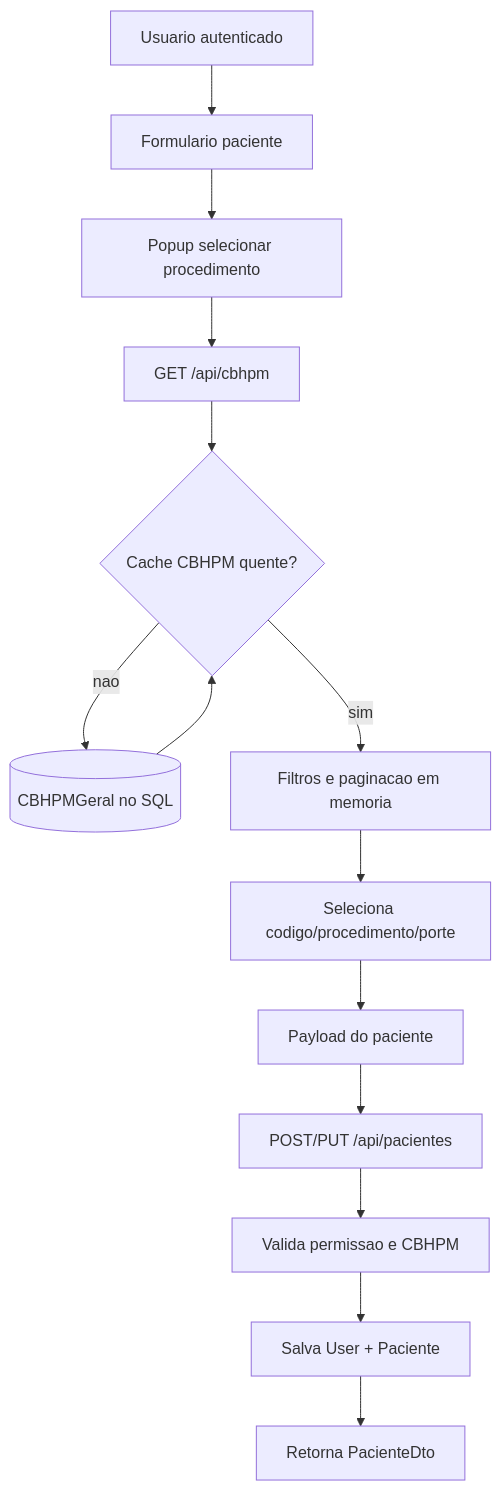
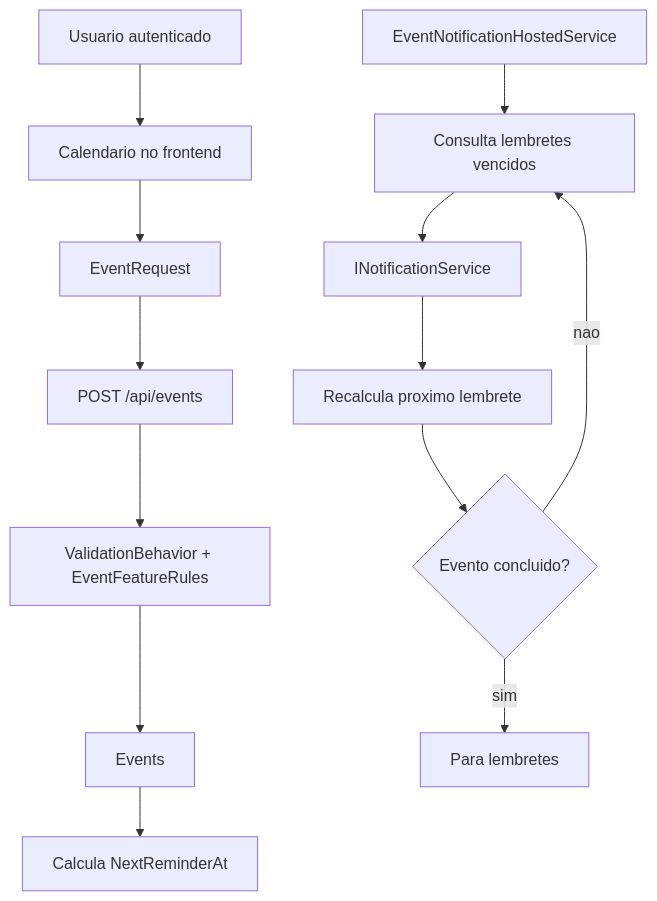
One commit to Hemodinks/hemodinks-api changed the fifth of 8 diagrams in docs/TECHNICAL_DOCUMENTATION.md. Above: the diagram before and after it, drawn with Mermaid. The commit also changed other lines of this file and 11 other files, not shown here.

````diff
--- a/docs/TECHNICAL_DOCUMENTATION.md
+++ b/docs/TECHNICAL_DOCUMENTATION.md
@@ -109,16 +171,15 @@
 ```mermaid
 flowchart TD
-    User[Usuario autenticado] --> Form[Formulario paciente]
-    Form --> Popup[Popup selecionar procedimento]
-    Popup --> CbhpmApi[GET /api/cbhpm]
-    CbhpmApi --> Cache{Cache CBHPM quente?}
-    Cache -- nao --> Sql[(CBHPMGeral no SQL)]
-    Sql --> Cache
-    Cache -- sim --> Page[Filtros e paginacao em memoria]
-    Page --> Select[Seleciona codigo/procedimento/porte]
-    Select --> Payload[Payload do paciente]
-    Payload --> Save[POST/PUT /api/pacientes]
-    Save --> Validate[Valida permissao e CBHPM]
-    Validate --> Persist[Salva User + Paciente]
-    Persist --> Result[Retorna PacienteDto]
+    User[Usuario autenticado] --> Calendar[Calendario no frontend]
+    Calendar --> Payload[EventRequest]
+    Payload --> Create[POST /api/events]
+    Create --> Validate[ValidationBehavior + EventFeatureRules]
+    Validate --> Persist[Events]
+    Persist --> Next[Calcula NextReminderAt]
+    Worker[EventNotificationHostedService] --> Due[Consulta lembretes vencidos]
+    Due --> Notify[INotificationService]
+    Notify --> Recalc[Recalcula proximo lembrete]
+    Recalc --> Complete{Evento concluido?}
+    Complete -- nao --> Due
+    Complete -- sim --> Stop[Para lembretes]
 ```
````
